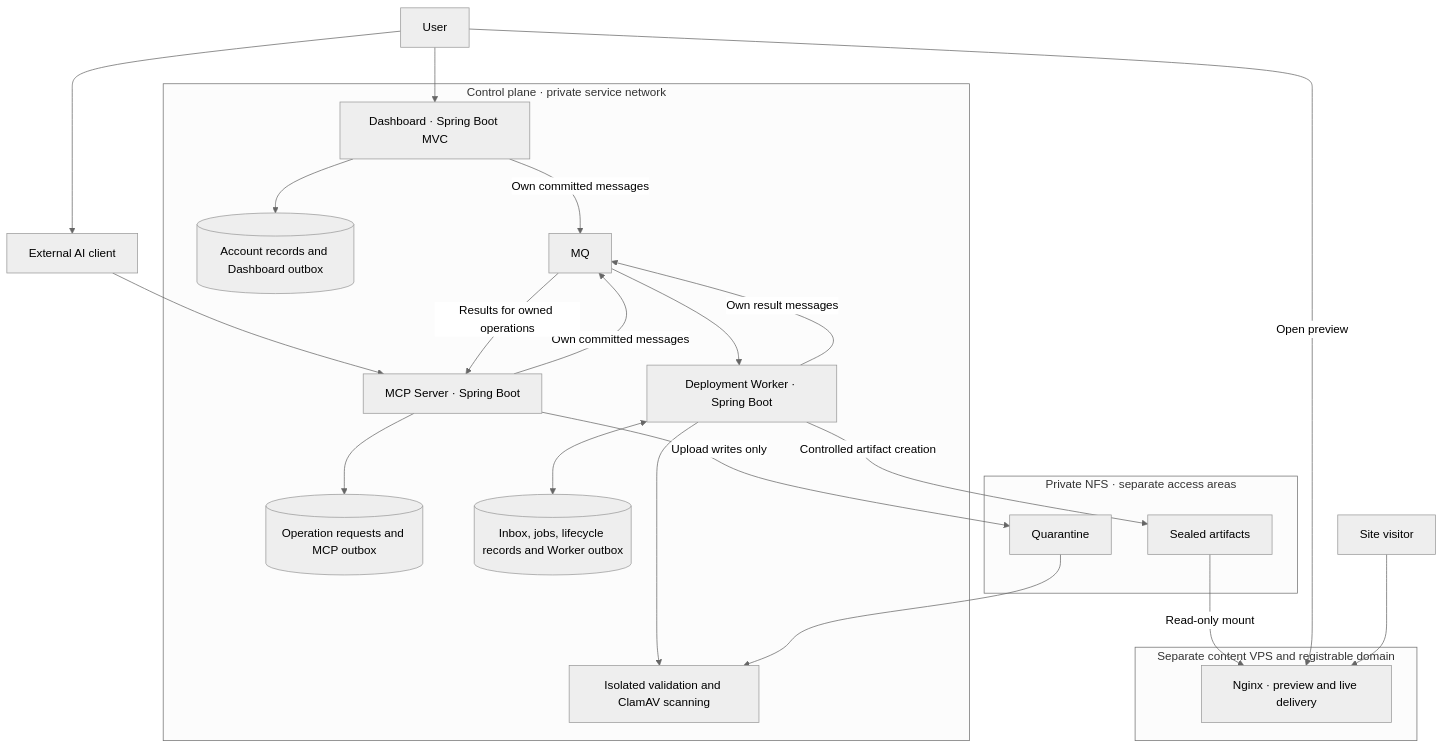
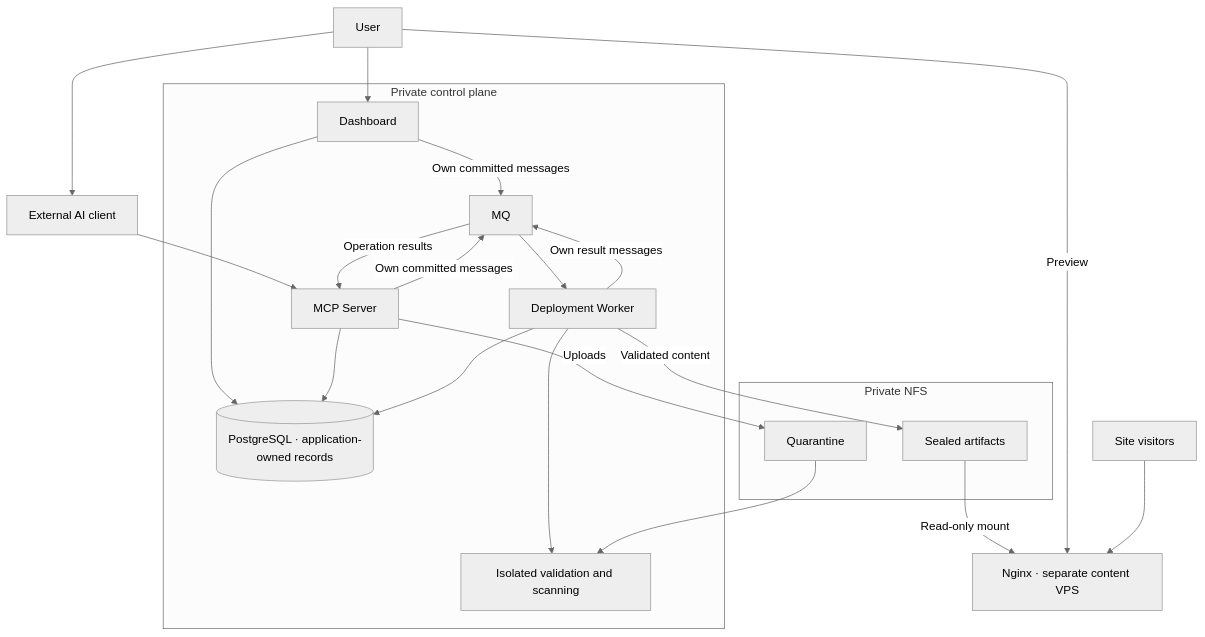
One commit to yildizib/codomain changed the first of 3 diagrams in ARCHITECTURE.md. Above: the diagram before and after it, drawn with Mermaid (neutral theme). The commit also changed other lines of this file and 11 other files, not shown here.

````diff
--- a/ARCHITECTURE.md
+++ b/ARCHITECTURE.md
@@ -14,30 +13,26 @@
 ```mermaid
 flowchart TB
-  U["User"] --> D["Dashboard · Spring Boot MVC"]
-  U --> AI["External AI client"]
-  AI --> M["MCP Server · Spring Boot"]
-  subgraph apps["Control plane · private service network"]
-    D --> DD[("Account records and Dashboard outbox")]
-    M --> MD[("Operation requests and MCP outbox")]
-    D -->|"Own committed messages"| MQ["MQ"]
-    M -->|"Own committed messages"| MQ
-    MQ --> W["Deployment Worker · Spring Boot"]
-    W <--> WD[("Inbox, jobs, lifecycle records and Worker outbox")]
-    W -->|"Own result messages"| MQ
-    MQ -->|"Results for owned operations"| M
-    W --> SC["Isolated validation and ClamAV scanning"]
+  U["User"] --> D["Dashboard"]
+  U --> C["External AI client"] --> M["MCP Server"]
+  subgraph control["Private control plane"]
+    D --> DB[("PostgreSQL · application-owned records")]
+    M --> DB
+    D -->|"Own committed messages"| Q["MQ"]
+    M -->|"Own committed messages"| Q
+    Q --> W["Deployment Worker"]
+    W --> DB
+    W -->|"Own result messages"| Q
+    Q -->|"Operation results"| M
+    W --> S["Isolated validation and scanning"]
   end
-  subgraph storage["Private NFS · separate access areas"]
-    Q["Quarantine"]
-    A["Sealed artifacts"]
+  subgraph files["Private NFS"]
+    IN["Quarantine"]
+    OUT["Sealed artifacts"]
   end
-  M -->|"Upload writes only"| Q
-  Q --> SC
-  W -->|"Controlled artifact creation"| A
-  subgraph edge["Separate content VPS and registrable domain"]
-    N["Nginx · preview and live delivery"]
-  end
-  A -->|"Read-only mount"| N
-  U -->|"Open preview"| N
-  V["Site visitor"] --> N
+  M -->|"Uploads"| IN
+  IN --> S
+  W -->|"Validated content"| OUT
+  OUT -->|"Read-only mount"| N["Nginx · separate content VPS"]
+  U -->|"Preview"| N
+  V["Site visitors"] --> N
 ```
````
